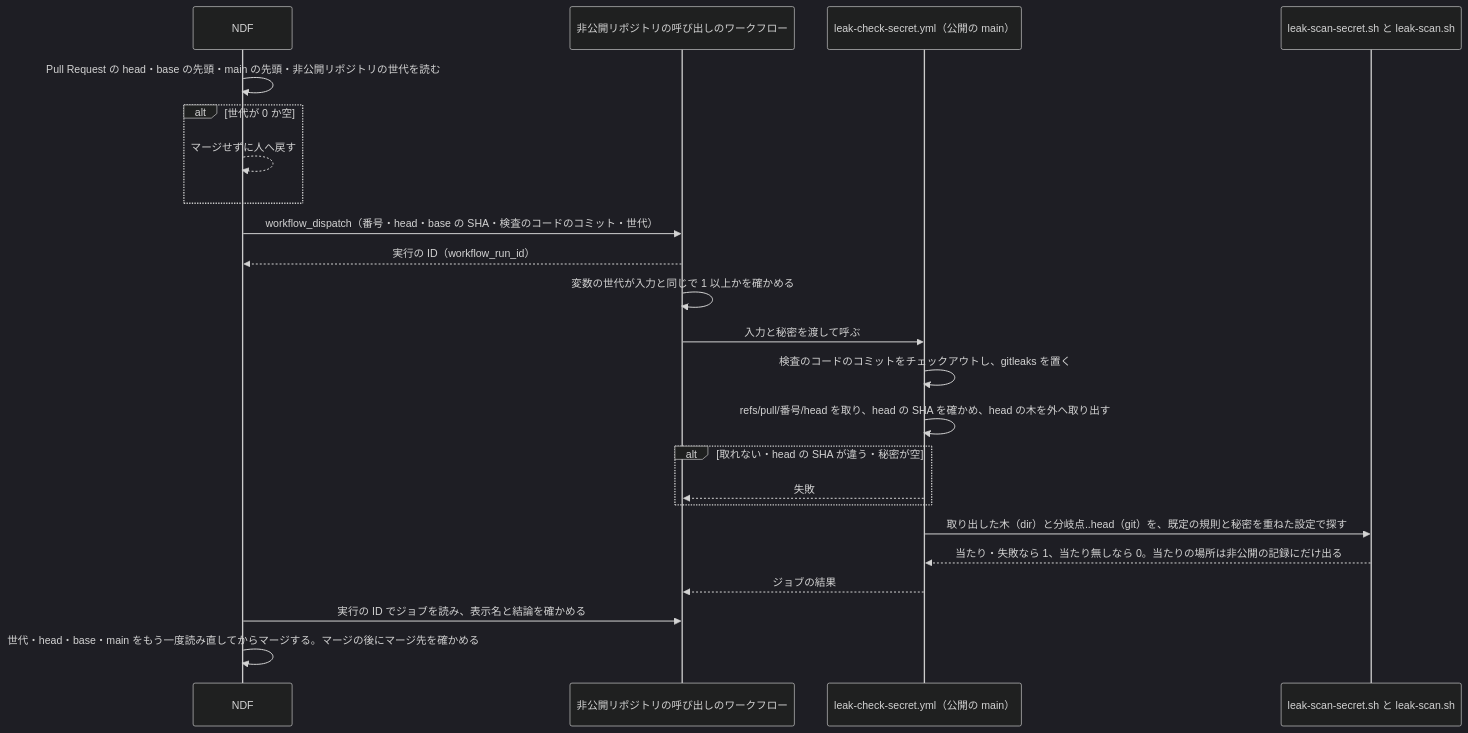
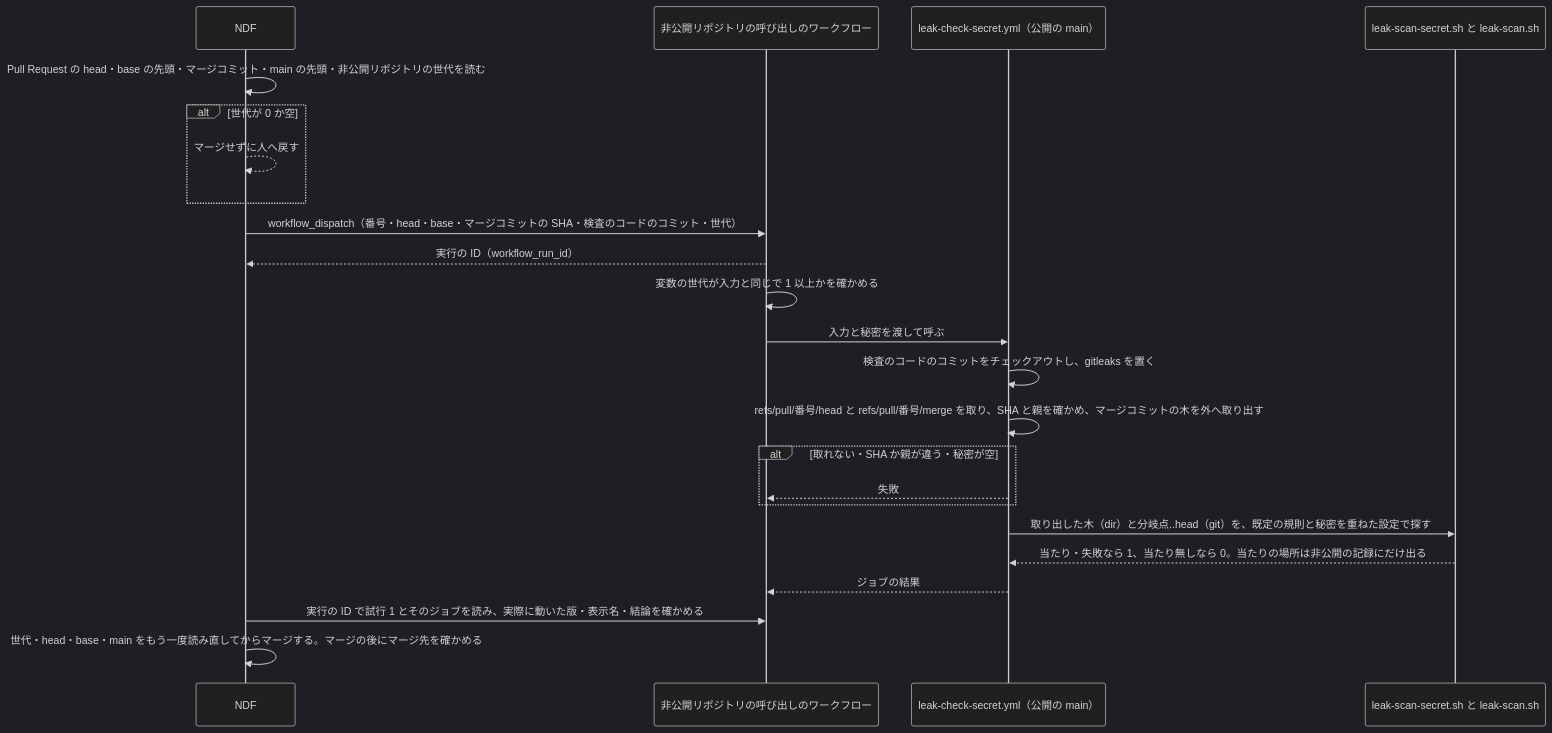
The fourth of 4 diagrams in issues/issue-96-101-design.md (devbasex/nd-factory), drawn with Mermaid (dark theme) before and after one commit. The commit also changed other lines of this file, not shown here.

````diff
--- a/issues/issue-96-101-design.md
+++ b/issues/issue-96-101-design.md
@@ -141,25 +142,25 @@
 ```mermaid
 sequenceDiagram
     participant N as NDF
     participant P as 非公開リポジトリの呼び出しのワークフロー
     participant J as leak-check-secret.yml（公開の main）
     participant S as leak-scan-secret.sh と leak-scan.sh
-    N->>N: Pull Request の head・base の先頭・main の先頭・非公開リポジトリの世代を読む
+    N->>N: Pull Request の head・base の先頭・マージコミット・main の先頭・非公開リポジトリの世代を読む
     alt 世代が 0 か空
         N-->>N: マージせずに人へ戻す
     end
-    N->>P: workflow_dispatch（番号・head・base の SHA・検査のコードのコミット・世代）
+    N->>P: workflow_dispatch（番号・head・base・マージコミットの SHA・検査のコードのコミット・世代）
     P-->>N: 実行の ID（workflow_run_id）
     P->>P: 変数の世代が入力と同じで 1 以上かを確かめる
     P->>J: 入力と秘密を渡して呼ぶ
     J->>J: 検査のコードのコミットをチェックアウトし、gitleaks を置く
-    J->>J: refs/pull/番号/head を取り、head の SHA を確かめ、head の木を外へ取り出す
-    alt 取れない・head の SHA が違う・秘密が空
+    J->>J: refs/pull/番号/head と refs/pull/番号/merge を取り、SHA と親を確かめ、マージコミットの木を外へ取り出す
+    alt 取れない・SHA か親が違う・秘密が空
         J-->>P: 失敗
     end
     J->>S: 取り出した木（dir）と分岐点..head（git）を、既定の規則と秘密を重ねた設定で探す
     S-->>J: 当たり・失敗なら 1、当たり無しなら 0。当たりの場所は非公開の記録にだけ出る
     J-->>P: ジョブの結果
-    N->>P: 実行の ID でジョブを読み、表示名と結論を確かめる
+    N->>P: 実行の ID で試行 1 とそのジョブを読み、実際に動いた版・表示名・結論を確かめる
     N->>N: 世代・head・base・main をもう一度読み直してからマージする。マージの後にマージ先を確かめる
 ```
````
